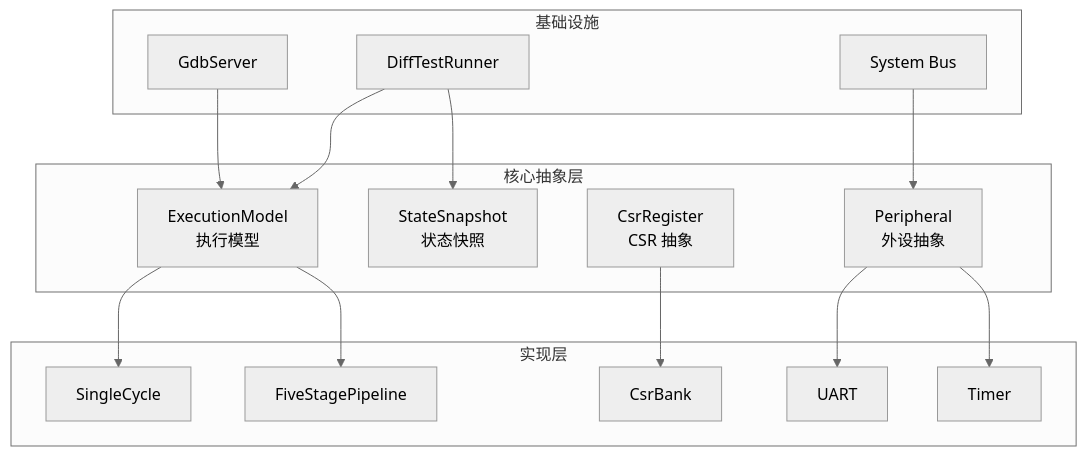
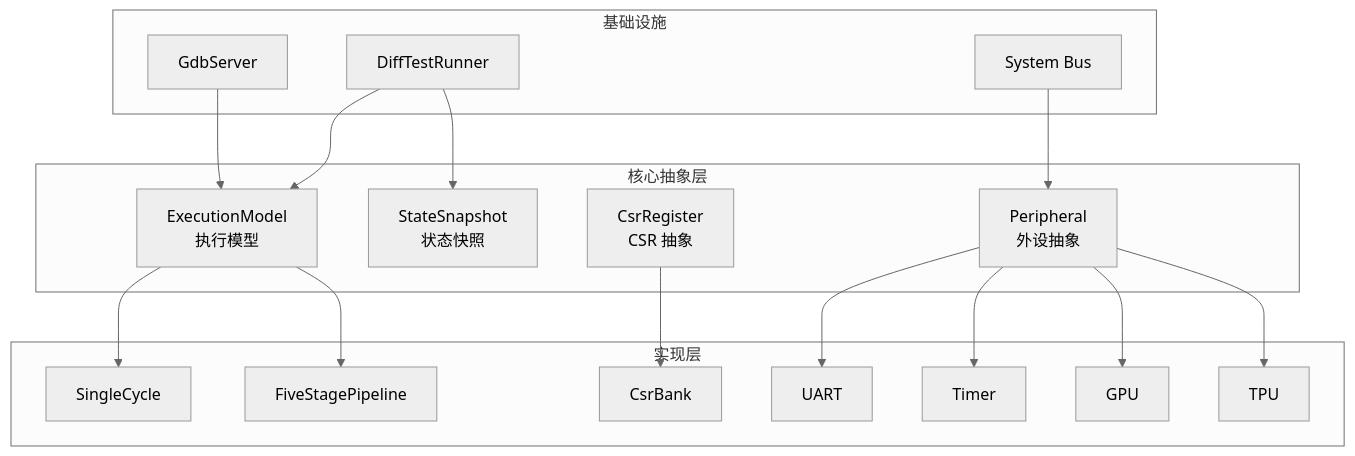
Diagram 17 of 18 in docs/design/ARCHITECTURE.md (ZI2104/myCPU), drawn with Mermaid (neutral theme) before and after one commit. The commit also changed other lines of this file and 23 other files, not shown here.

````diff
--- a/docs/design/ARCHITECTURE.md
+++ b/docs/design/ARCHITECTURE.md
@@ -1329,34 +1350,38 @@
 ```mermaid
 graph TB
     subgraph Core["核心抽象层"]
         ExecModel["ExecutionModel<br/>执行模型"]
         StateSnap["StateSnapshot<br/>状态快照"]
         CsrReg["CsrRegister<br/>CSR 抽象"]
         Periph["Peripheral<br/>外设抽象"]
     end
 
     subgraph Implementations["实现层"]
         SingleCycle["SingleCycle"]
         Pipeline["FiveStagePipeline"]
         CsrBank["CsrBank"]
         Uart["UART"]
         Timer["Timer"]
+        GpuDev["GPU"]
+        TpuDev["TPU"]
     end
 
     subgraph Infrastructure["基础设施"]
         Bus["System Bus"]
         DiffTest["DiffTestRunner"]
         GdbServer["GdbServer"]
     end
 
     ExecModel --> SingleCycle
     ExecModel --> Pipeline
     CsrReg --> CsrBank
     Periph --> Uart
     Periph --> Timer
+    Periph --> GpuDev
+    Periph --> TpuDev
 
     Bus --> Periph
     DiffTest --> ExecModel
     DiffTest --> StateSnap
     GdbServer --> ExecModel
 ```
````
